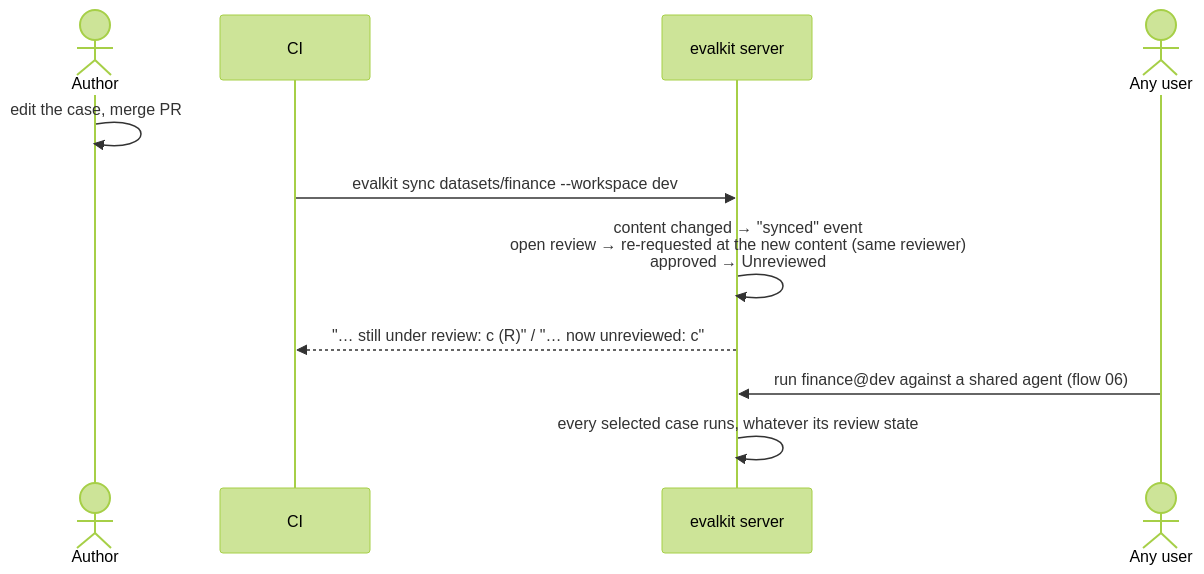
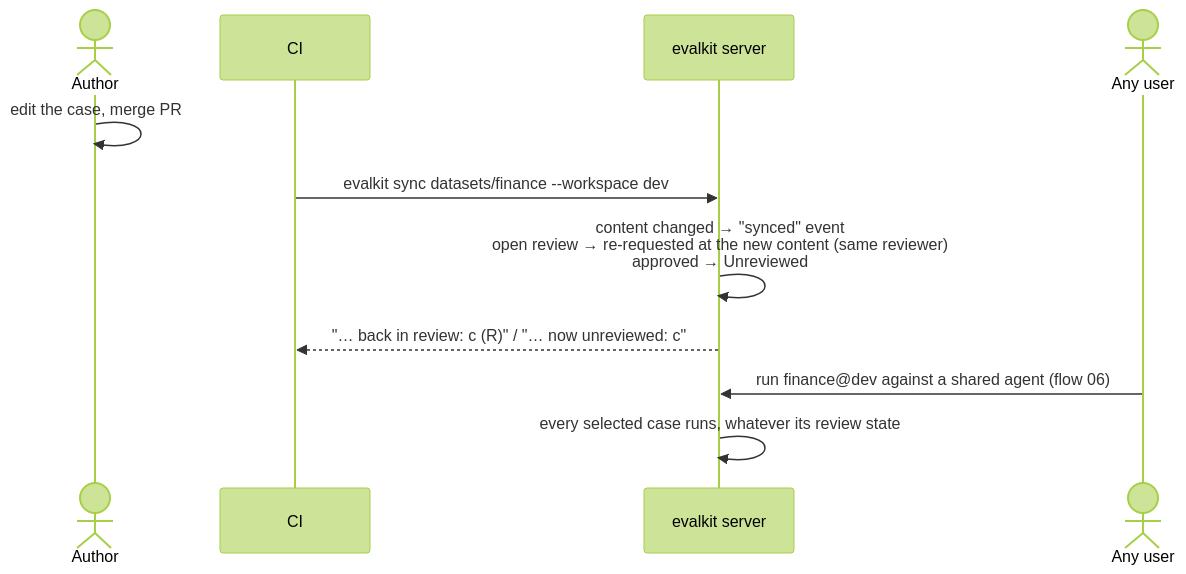
The second of 3 diagrams in docs/flows/05-case-review.md (inferedge-ai/evalkit), drawn with Mermaid (forest theme) before and after one commit. The commit also changed 12 other files, not shown here.

````diff
--- a/docs/flows/05-case-review.md
+++ b/docs/flows/05-case-review.md
@@ -55,13 +55,13 @@
 ```mermaid
 sequenceDiagram
   actor Au as Author
   participant CI as CI
   participant S as evalkit server
   actor Any as Any user
   Au->>Au: edit the case, merge PR
   CI->>S: evalkit sync datasets/finance --workspace dev
   S->>S: content changed → "synced" event<br/>open review → re-requested at the new content (same reviewer)<br/>approved → Unreviewed
-  S-->>CI: "… still under review: c (R)" / "… now unreviewed: c"
+  S-->>CI: "… back in review: c (R)" / "… now unreviewed: c"
   Any->>S: run finance@dev against a shared agent (flow 06)
   S->>S: every selected case runs, whatever its review state
 ```
````
